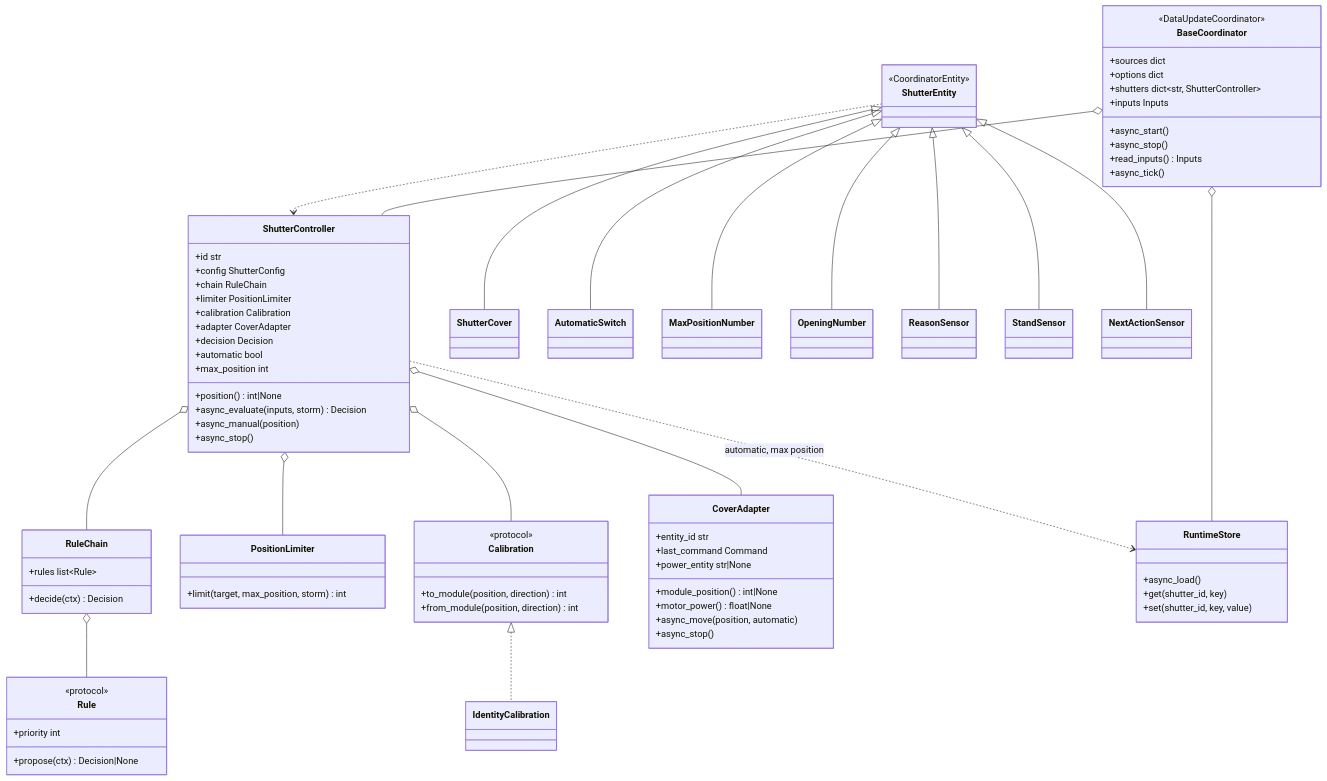
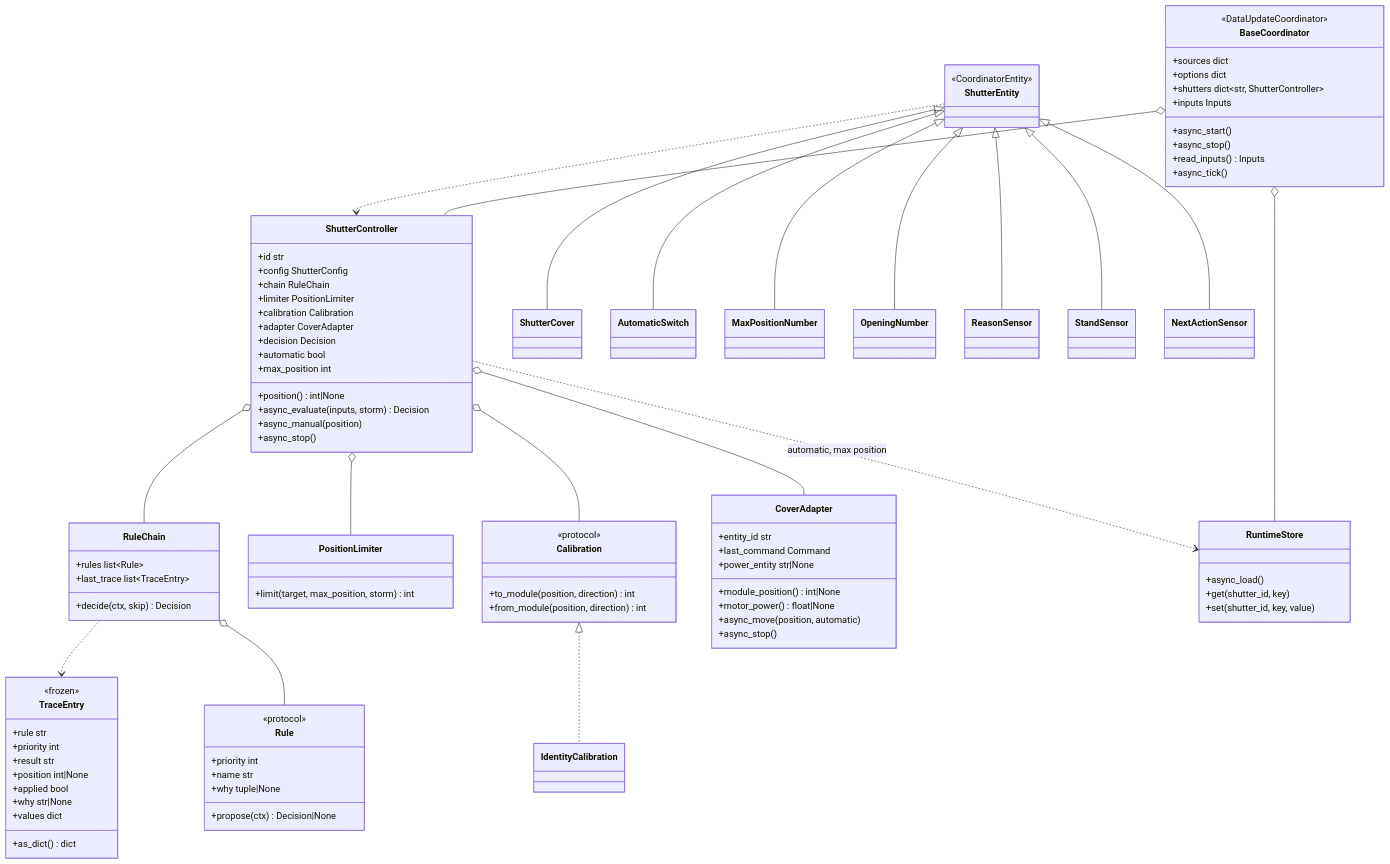
Before and after one commit to abroeders/smart-shutter-control: the fourth of 30 diagrams in docs/architecture.md, drawn with Mermaid. The commit also changed other lines of this file and 46 other files, not shown here.

```diff
--- a/docs/architecture.md
+++ b/docs/architecture.md
@@ -121,13 +121,28 @@
     }
     class RuleChain {
         +rules list~Rule~
-        +decide(ctx) Decision
+        +last_trace list~TraceEntry~
+        +decide(ctx, skip) Decision
     }
     class Rule {
         <<protocol>>
         +priority int
+        +name str
+        +why tuple|None
         +propose(ctx) Decision|None
     }
+    class TraceEntry {
+        <<frozen>>
+        +rule str
+        +priority int
+        +result str
+        +position int|None
+        +applied bool
+        +why str|None
+        +values dict
+        +as_dict() dict
+    }
+    RuleChain ..> TraceEntry
     class PositionLimiter {
         +limit(target, max_position, storm) int
     }
```
